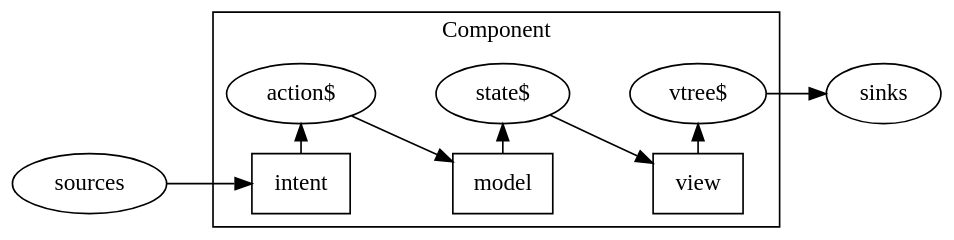
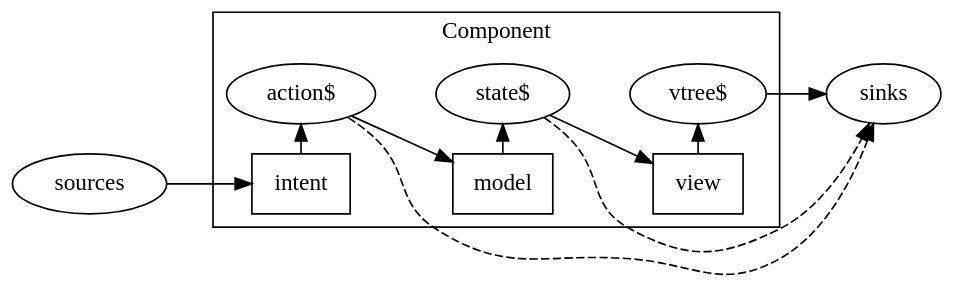
The diagram in img/mvi.dot (krawaller/comparison), drawn with Graphviz before and after one commit. The commit also changed 2 other files, not shown here.

```diff
--- a/img/mvi.dot
+++ b/img/mvi.dot
@@ -1,17 +1,19 @@
 digraph {
   rankdir = LR
   bgcolor = transparent
   subgraph cluster_component {
     label = "Component"
     intent -> action -> model -> state -> view -> vtree
     intent, model, view [shape=box]
     action [label="action$"]
     state [label="state$"]
     vtree [label="vtree$"]
     {rank=same;intent,action}
     {rank=same;model,state}
     {rank=same;view,vtree}
   }
   sources -> intent
   vtree -> sinks
+  state -> sinks [constraint=false,style=dashed]
+  action -> sinks [constraint=false,style=dashed]
 }
```
